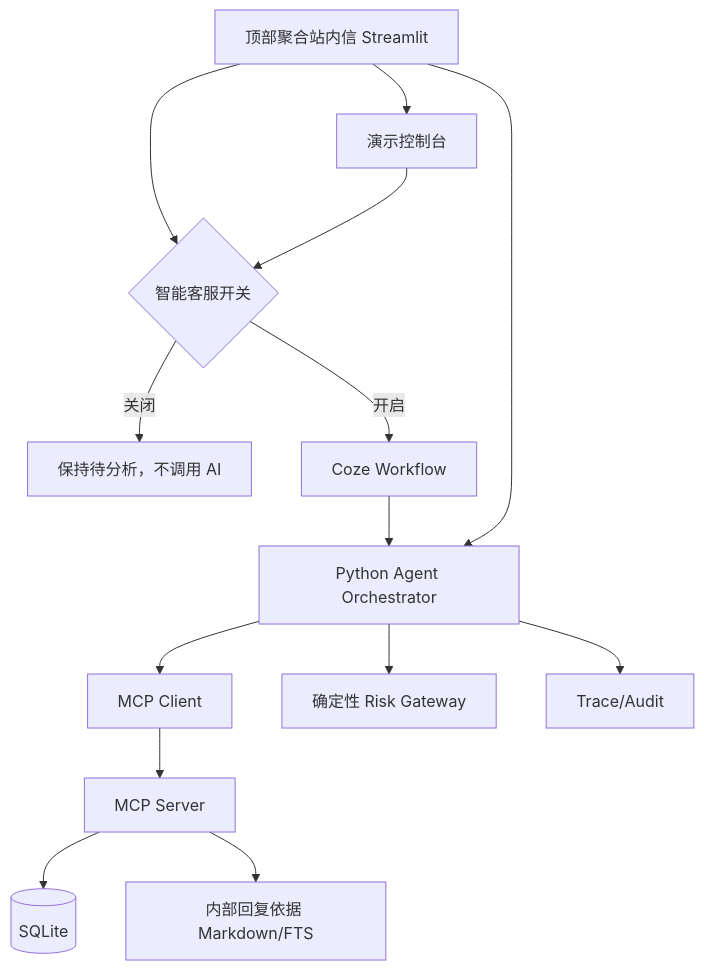
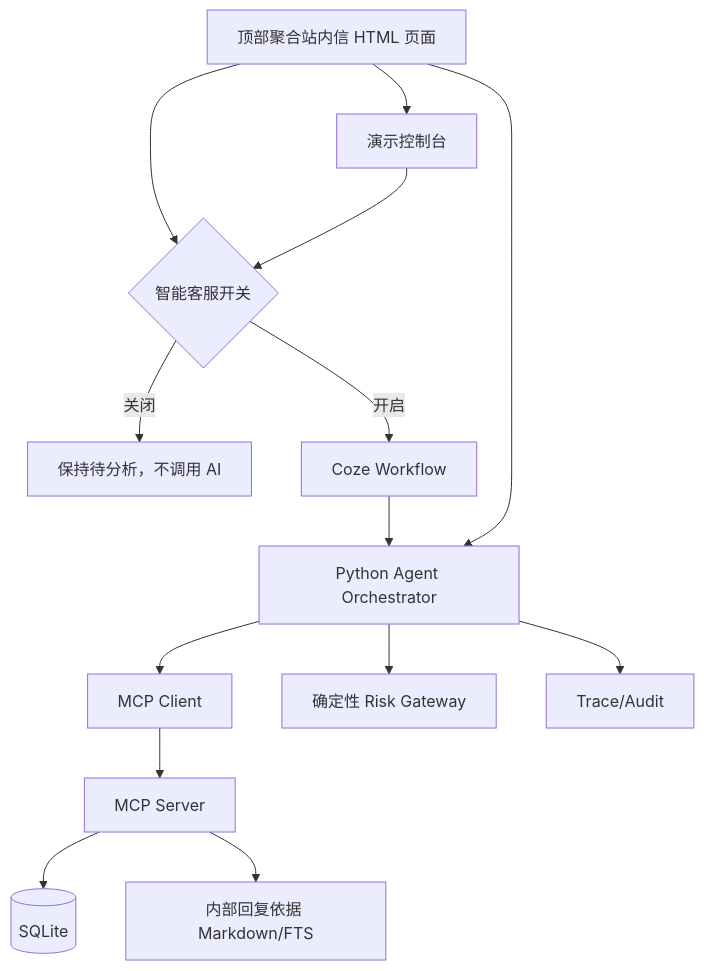
Before and after one commit to leiluo845/reply-flow-agent: the third of 3 diagrams in docs/requirements/ReplyFlow高风险售后Agent_PRD.md, drawn with Mermaid. The commit also changed other lines of this file and 20 other files, not shown here.

````diff
--- a/docs/requirements/ReplyFlow高风险售后Agent_PRD.md
+++ b/docs/requirements/ReplyFlow高风险售后Agent_PRD.md
@@ -697,16 +697,16 @@
 ```mermaid
 flowchart TB
-    UI[顶部聚合站内信 Streamlit] --> CONSOLE[演示控制台]
+    UI[顶部聚合站内信 HTML 页面] --> CONSOLE[演示控制台]
     UI --> ORCH[Python Agent Orchestrator]
     CONSOLE --> SWITCH{智能客服开关}
     UI --> SWITCH{智能客服开关}
     SWITCH -->|关闭| WAIT[保持待分析，不调用 AI]
     SWITCH -->|开启| COZE[Coze Workflow]
     COZE --> ORCH
     ORCH --> MCPCLIENT[MCP Client]
     MCPCLIENT --> MCP[MCP Server]
     MCP --> DB[(SQLite)]
     MCP --> BASIS[内部回复依据 Markdown/FTS]
     ORCH --> RISK[确定性 Risk Gateway]
     ORCH --> TRACE[Trace/Audit]
 ```
````
